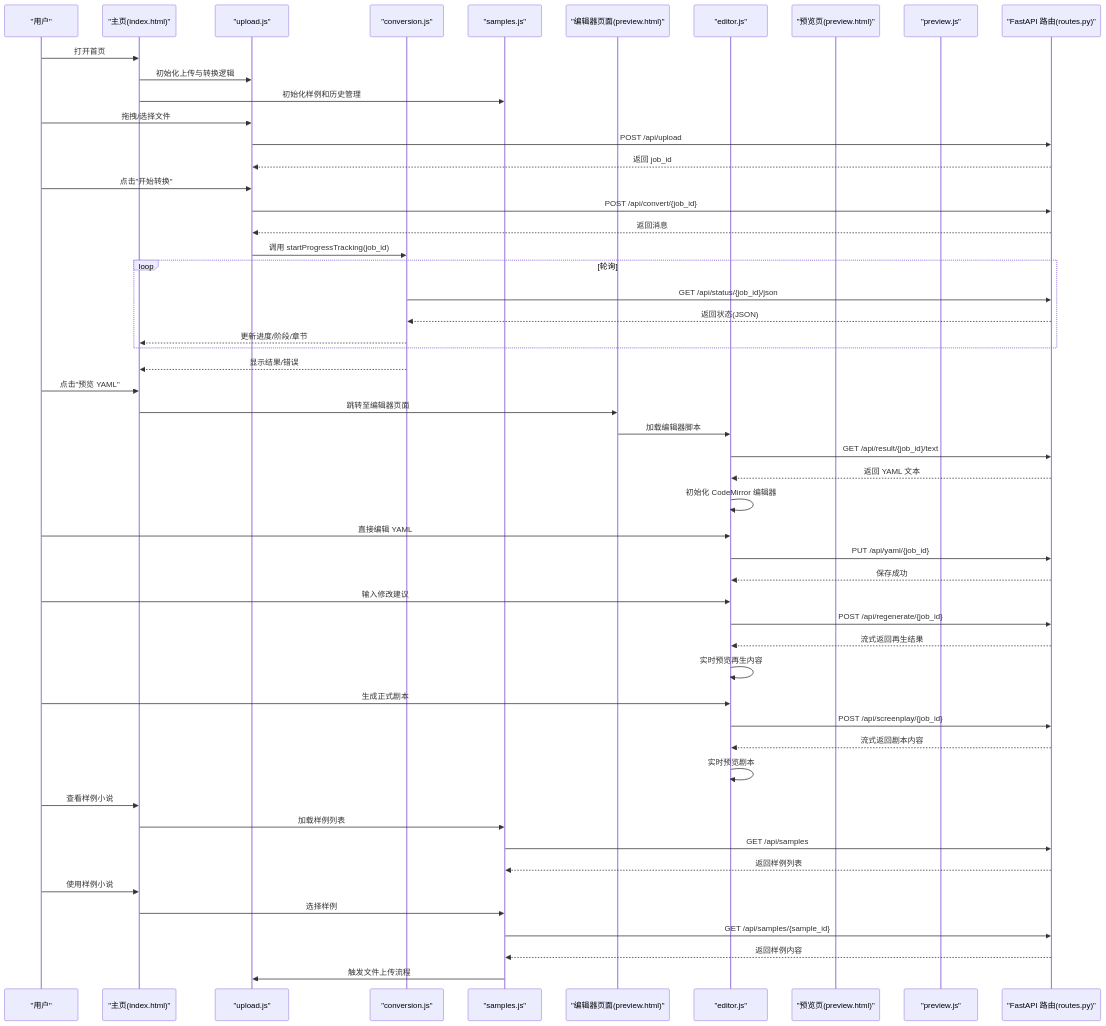
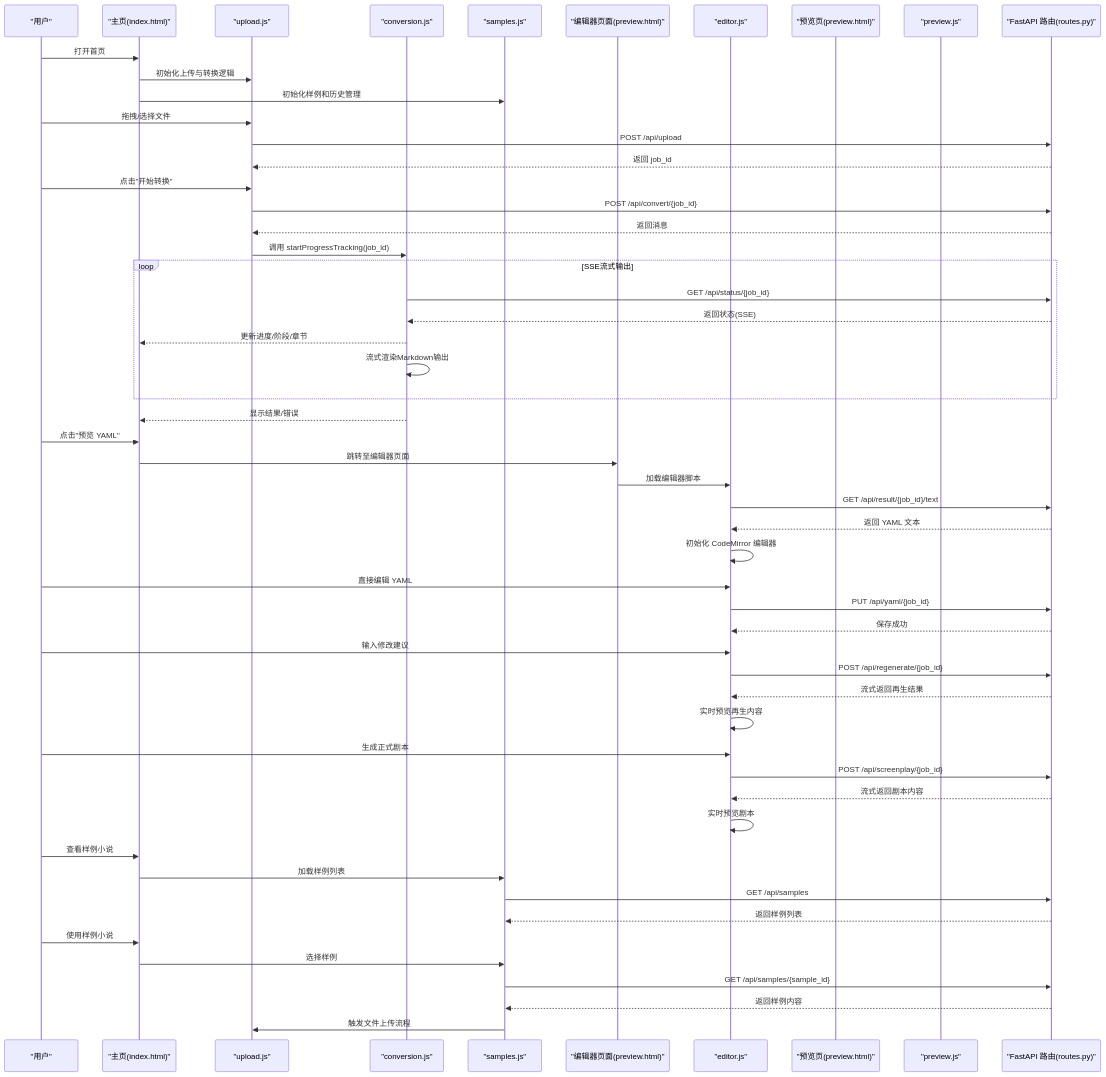
Before and after one commit to tjujingzong/Novel-to-Screenplay: the second of 10 diagrams in .qoder/repowiki/zh/content/前端界面/前端界面.md, drawn with Mermaid. The commit also changed other lines of this file and 6 other files, not shown here.

````diff
--- a/.qoder/repowiki/zh/content/前端界面/前端界面.md
+++ b/.qoder/repowiki/zh/content/前端界面/前端界面.md
@@ -160,55 +168,56 @@
 ```mermaid
 sequenceDiagram
 participant U as "用户"
 participant UI as "主页(index.html)"
 participant JSU as "upload.js"
 participant JSC as "conversion.js"
 participant JSS as "samples.js"
 participant EP as "编辑器页面(preview.html)"
 participant JSE as "editor.js"
 participant P as "预览页(preview.html)"
 participant PSP as "preview.js"
 participant API as "FastAPI 路由(routes.py)"
 U->>UI : 打开首页
 UI->>JSU : 初始化上传与转换逻辑
 UI->>JSS : 初始化样例和历史管理
 U->>JSU : 拖拽/选择文件
 JSU->>API : POST /api/upload
 API-->>JSU : 返回 job_id
 U->>JSU : 点击"开始转换"
 JSU->>API : POST /api/convert/{job_id}
 API-->>JSU : 返回消息
 JSU->>JSC : 调用 startProgressTracking(job_id)
-loop 轮询
-JSC->>API : GET /api/status/{job_id}/json
-API-->>JSC : 返回状态(JSON)
+loop SSE流式输出
+JSC->>API : GET /api/status/{job_id}
+API-->>JSC : 返回状态(SSE)
 JSC-->>UI : 更新进度/阶段/章节
+JSC->>JSC : 流式渲染Markdown输出
 end
 JSC-->>UI : 显示结果/错误
 U->>UI : 点击"预览 YAML"
 UI->>EP : 跳转至编辑器页面
 EP->>JSE : 加载编辑器脚本
 JSE->>API : GET /api/result/{job_id}/text
 API-->>JSE : 返回 YAML 文本
 JSE->>JSE : 初始化 CodeMirror 编辑器
 U->>JSE : 直接编辑 YAML
 JSE->>API : PUT /api/yaml/{job_id}
 API-->>JSE : 保存成功
 U->>JSE : 输入修改建议
 JSE->>API : POST /api/regenerate/{job_id}
 API-->>JSE : 流式返回再生结果
 JSE->>JSE : 实时预览再生内容
 U->>JSE : 生成正式剧本
 JSE->>API : POST /api/screenplay/{job_id}
 API-->>JSE : 流式返回剧本内容
 JSE->>JSE : 实时预览剧本
 U->>UI : 查看样例小说
 UI->>JSS : 加载样例列表
 JSS->>API : GET /api/samples
 API-->>JSS : 返回样例列表
 U->>UI : 使用样例小说
 UI->>JSS : 选择样例
 JSS->>API : GET /api/samples/{sample_id}
 API-->>JSS : 返回样例内容
 JSS->>JSU : 触发文件上传流程
 ```
````
